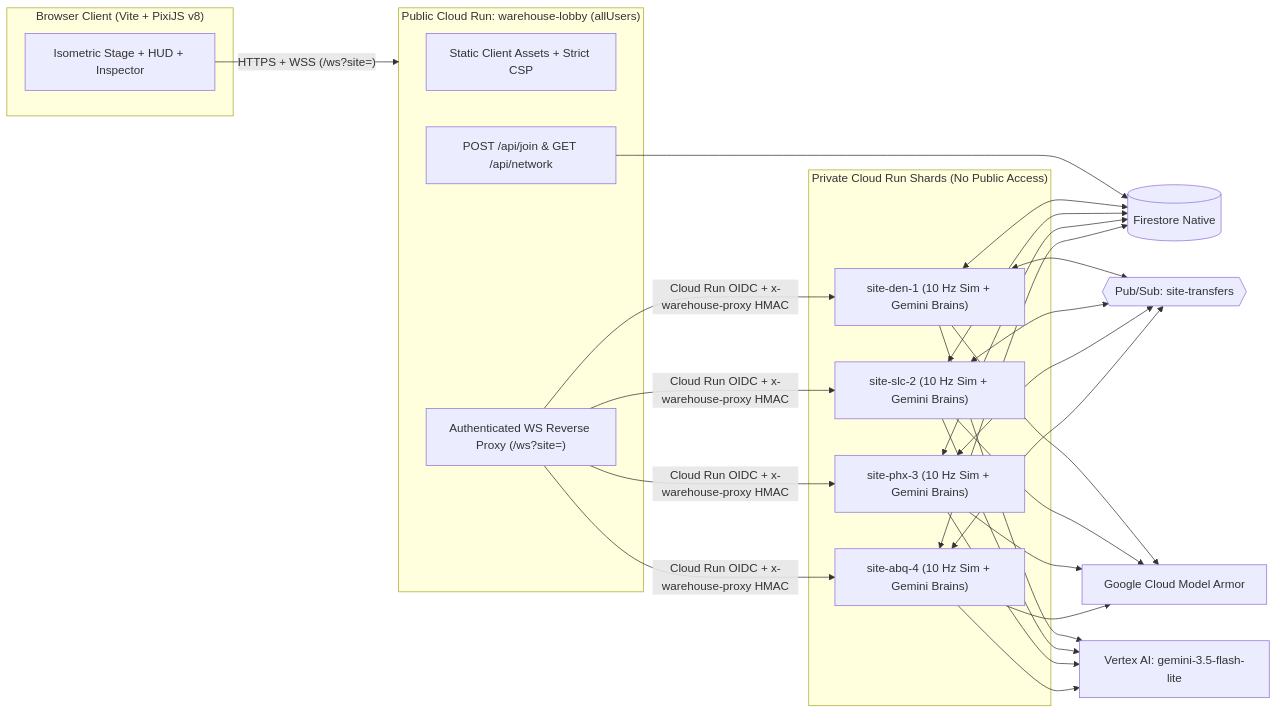
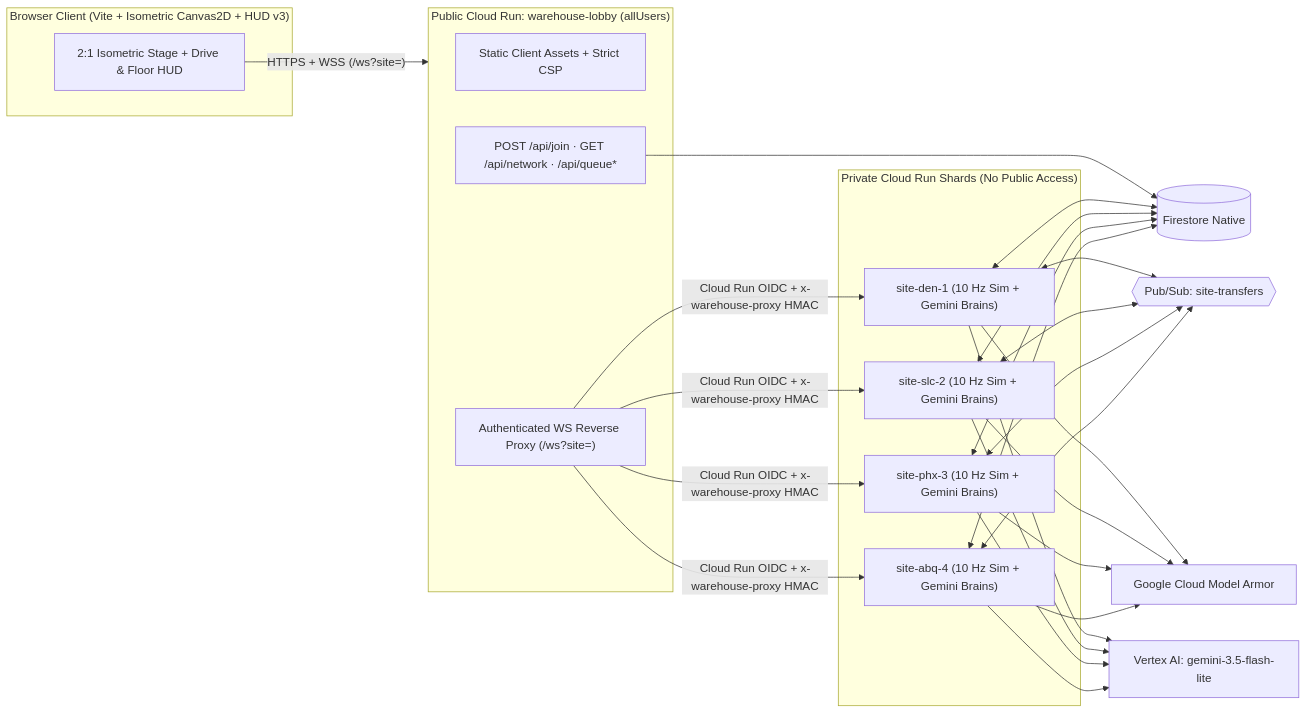
Before and after one commit to davenportjw/freightfloor: the diagram in README.md, drawn with Mermaid. The commit also changed other lines of this file and 173 other files, not shown here.

Commit message:
Sync FreightFloor HUD v3, callsign lookup, simulation, security hardening, and AST sidecar

````diff
--- a/README.md
+++ b/README.md
@@ -39,28 +73,28 @@
 ```mermaid
 flowchart LR
-  subgraph Browser["Browser Client (Vite + PixiJS v8)"]
-    UI["Isometric Stage + HUD + Inspector"]
+  subgraph Browser["Browser Client (Vite + Isometric Canvas2D + HUD v3)"]
+    UI["2:1 Isometric Stage + Drive & Floor HUD"]
   end
   subgraph PublicGateway["Public Cloud Run: warehouse-lobby (allUsers)"]
     STATIC["Static Client Assets + Strict CSP"]
-    API["POST /api/join & GET /api/network"]
+    API["POST /api/join · GET /api/network · /api/queue*"]
     WSPROXY["Authenticated WS Reverse Proxy (/ws?site=<siteId>)"]
   end
   subgraph PrivateBackends["Private Cloud Run Shards (No Public Access)"]
     S1["site-den-1 (10 Hz Sim + Gemini Brains)"]
     S2["site-slc-2 (10 Hz Sim + Gemini Brains)"]
     S3["site-phx-3 (10 Hz Sim + Gemini Brains)"]
     S4["site-abq-4 (10 Hz Sim + Gemini Brains)"]
   end
   FS[("Firestore Native")]
   PS{{"Pub/Sub: site-transfers"}}
   MA["Google Cloud Model Armor"]
   GEM["Vertex AI: gemini-3.5-flash-lite"]
 
   UI -- "HTTPS + WSS (/ws?site=<siteId>)" --> PublicGateway
   WSPROXY -- "Cloud Run OIDC + x-warehouse-proxy HMAC" --> S1 & S2 & S3 & S4
   API --> FS
   S1 & S2 & S3 & S4 <--> FS
   S1 & S2 & S3 & S4 <--> PS
   S1 & S2 & S3 & S4 --> MA & GEM
 ```
````
